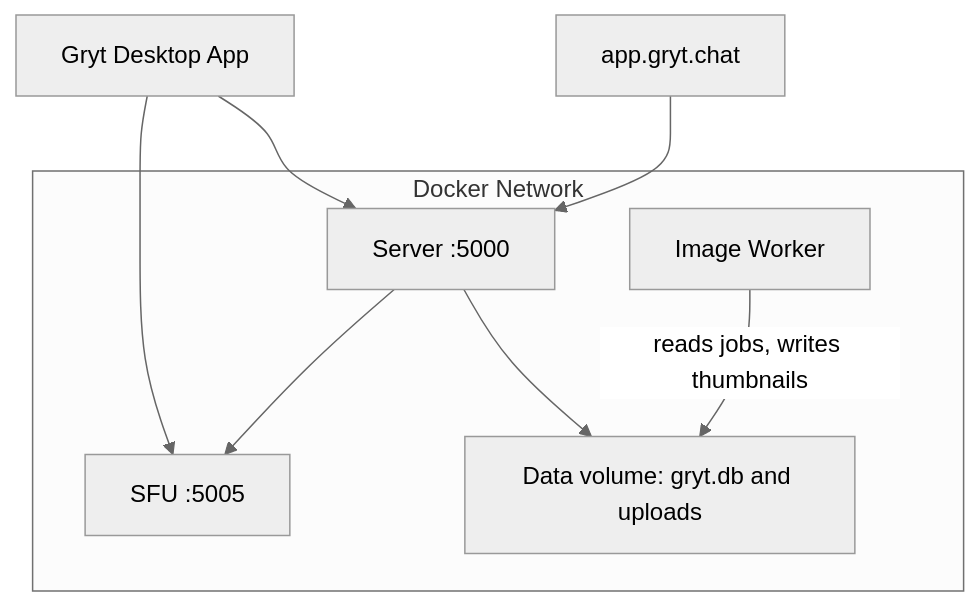
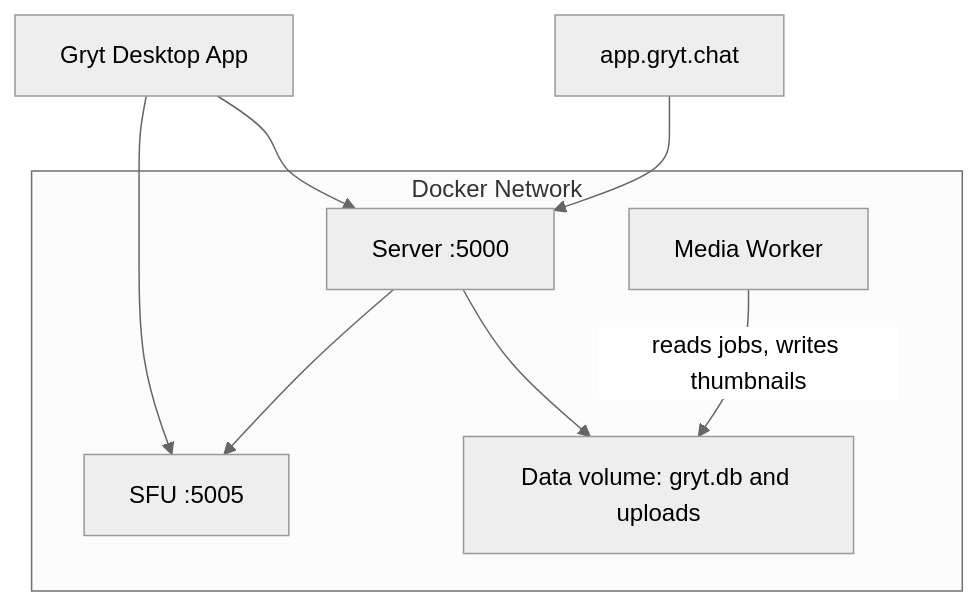
One commit to Gryt-chat/docs changed the diagram in content/docs/host/docker-compose.mdx. Above: the diagram before and after it, drawn with Mermaid (neutral theme). The commit also changed other lines of this file and 15 other files, not shown here.

First line of the commit message:
Docs: call it the media worker (#155)

````diff
--- a/content/docs/host/docker-compose.mdx
+++ b/content/docs/host/docker-compose.mdx
@@ -102,11 +102,11 @@
 ```mermaid
 graph TD
   Desktop["Gryt Desktop App"] --> Server["Server :5000"]
   Desktop --> SFU["SFU :5005"]
   WebClient["app.gryt.chat"] --> Server
   subgraph Docker Network
     Server --> SFU
     Server --> Data["Data volume: gryt.db and uploads"]
-    ImageWorker["Image Worker"] -->|"reads jobs, writes thumbnails"| Data
+    ImageWorker["Media Worker"] -->|"reads jobs, writes thumbnails"| Data
   end
 ```
````
